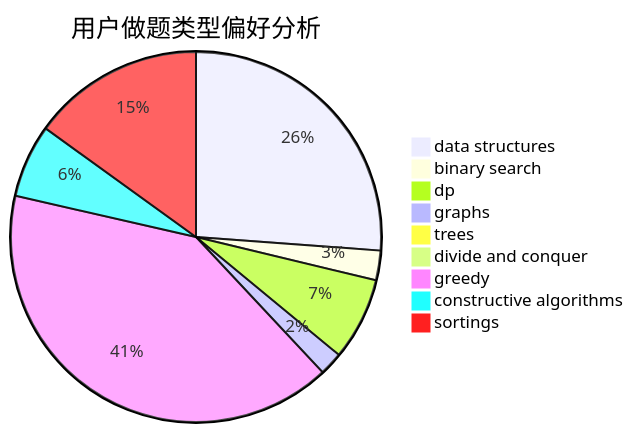
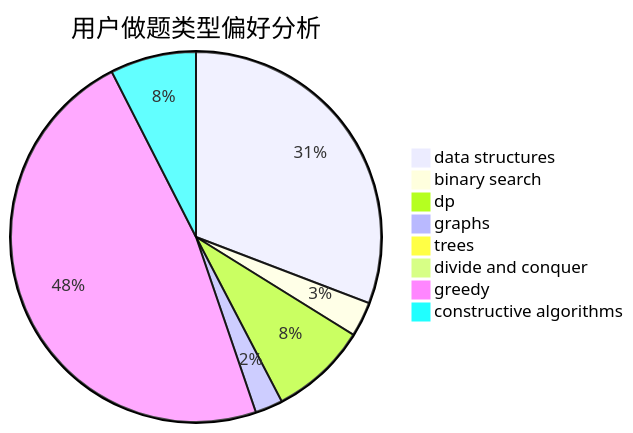
Before and after one commit to sherpahu/cfrs.github.io: the second of 3 diagrams in docs/user/u592.md, drawn with Mermaid. The commit also changed other lines of this file and 2769 other files, not shown here.

````diff
--- a/docs/user/u592.md
+++ b/docs/user/u592.md
@@ -18,12 +18,11 @@
 ```mermaid
 pie title 用户做题类型偏好分析
     "data structures" :  435
     "binary search" :  43
     "dp" :  120
     "graphs" :  34
     "trees" :  0
     "divide and conquer" :  0
     "greedy" :  674
     "constructive algorithms" :  106
-    "sortings" :  250
 ```
````
